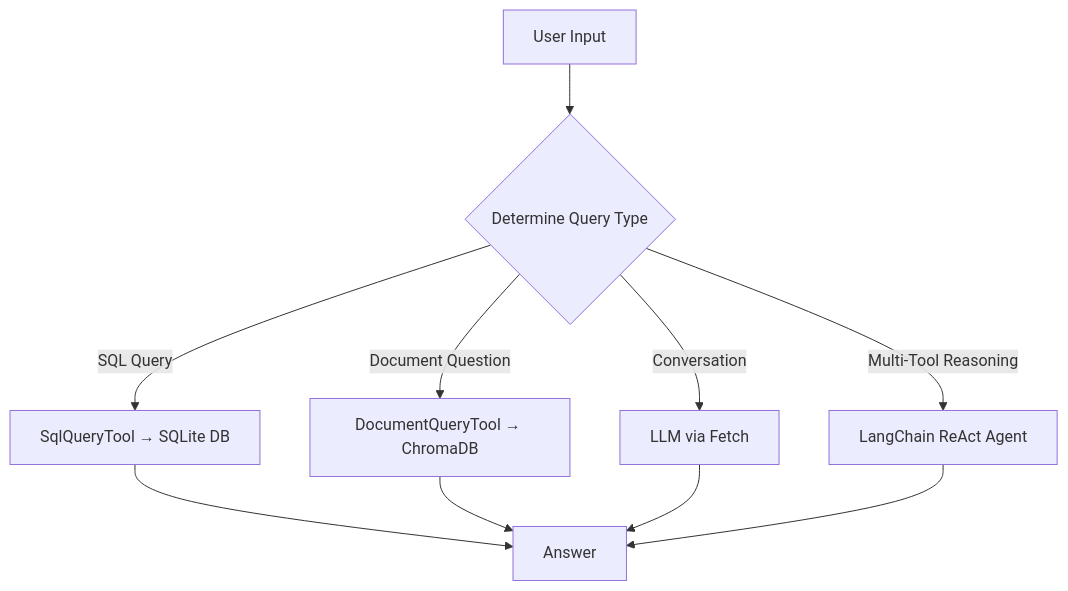
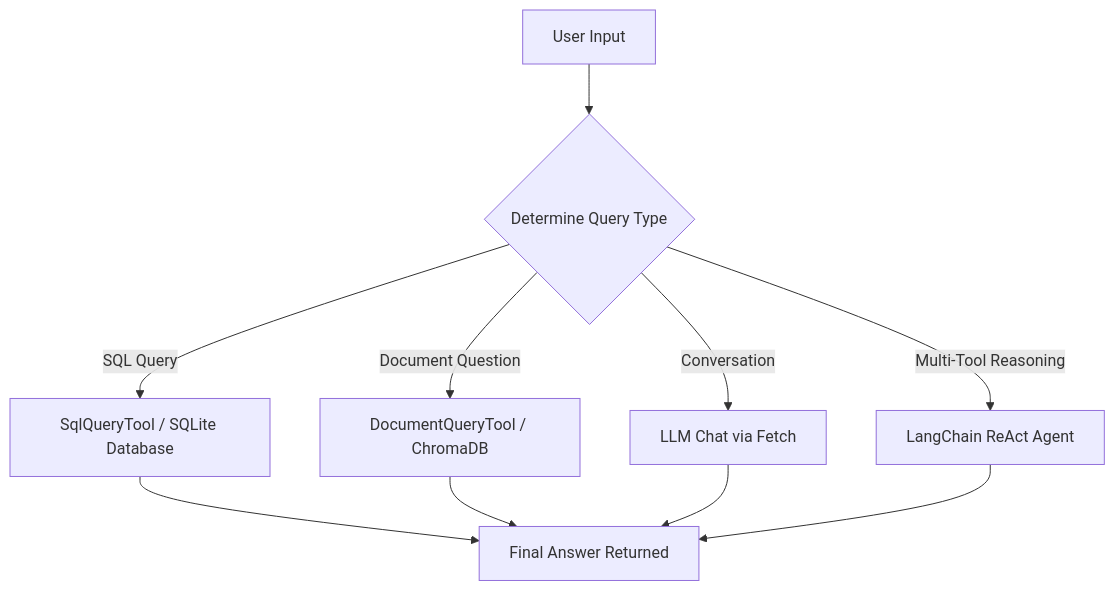
Before and after one commit to is-leeroy-jenkins/Foo: the second of 2 diagrams in README.md, drawn with Mermaid.

````diff
--- a/README.md
+++ b/README.md
@@ -108,15 +108,15 @@
 ```mermaid
 flowchart TD
 
     UserInput[User Input] --> Decide{Determine Query Type}
 
-    Decide -->|SQL Query| SQLTool[SqlQueryTool → SQLite DB]
-    Decide -->|Document Question| DocTool[DocumentQueryTool → ChromaDB]
-    Decide -->|Conversation| ChatPath[LLM via Fetch]
+    Decide -->|SQL Query| SQLTool[SqlQueryTool / SQLite Database]
+    Decide -->|Document Question| DocTool[DocumentQueryTool / ChromaDB]
+    Decide -->|Conversation| ChatPath[LLM Chat via Fetch]
     Decide -->|Multi-Tool Reasoning| Agent[LangChain ReAct Agent]
 
-    SQLTool --> Answer
+    SQLTool --> Answer[Final Answer Returned]
     DocTool --> Answer
     ChatPath --> Answer
     Agent --> Answer
 ```
````
